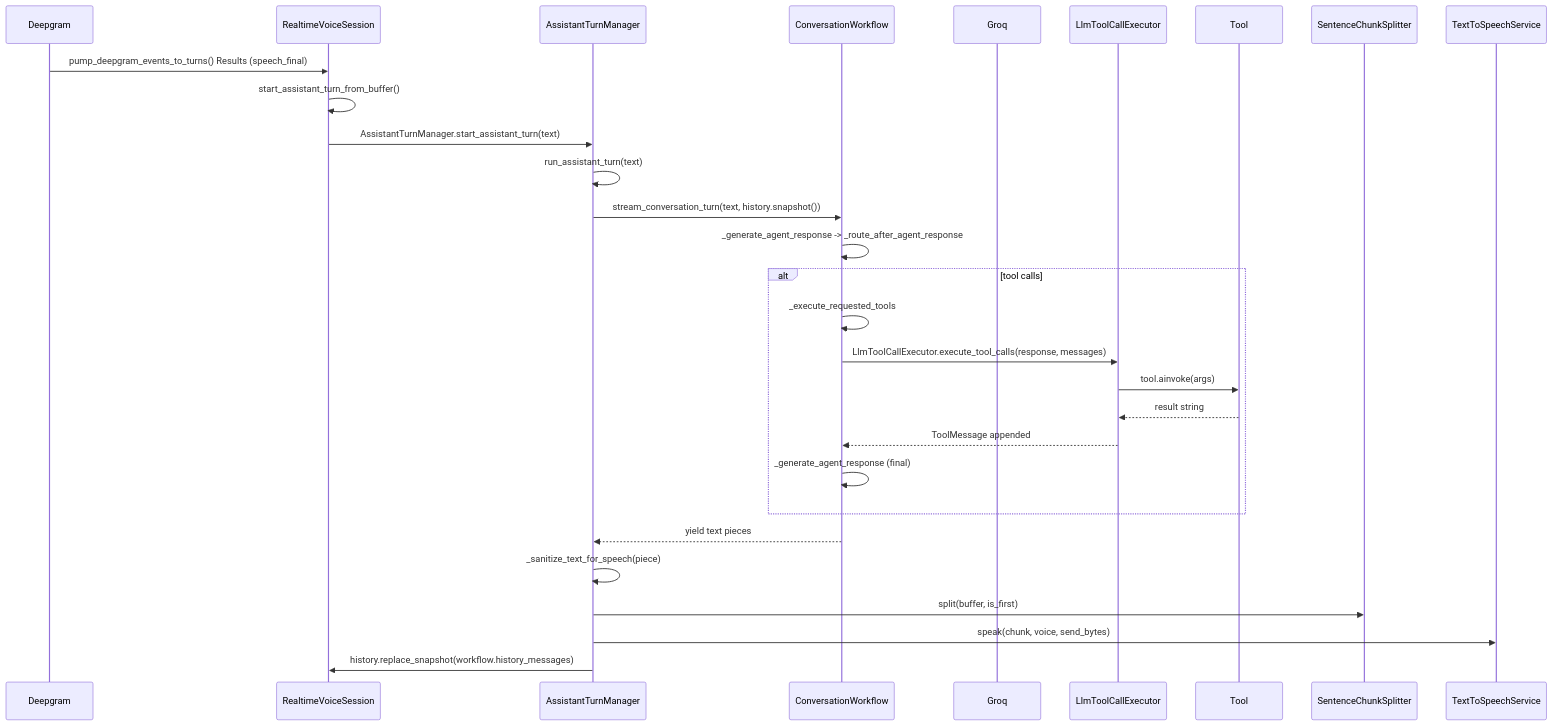
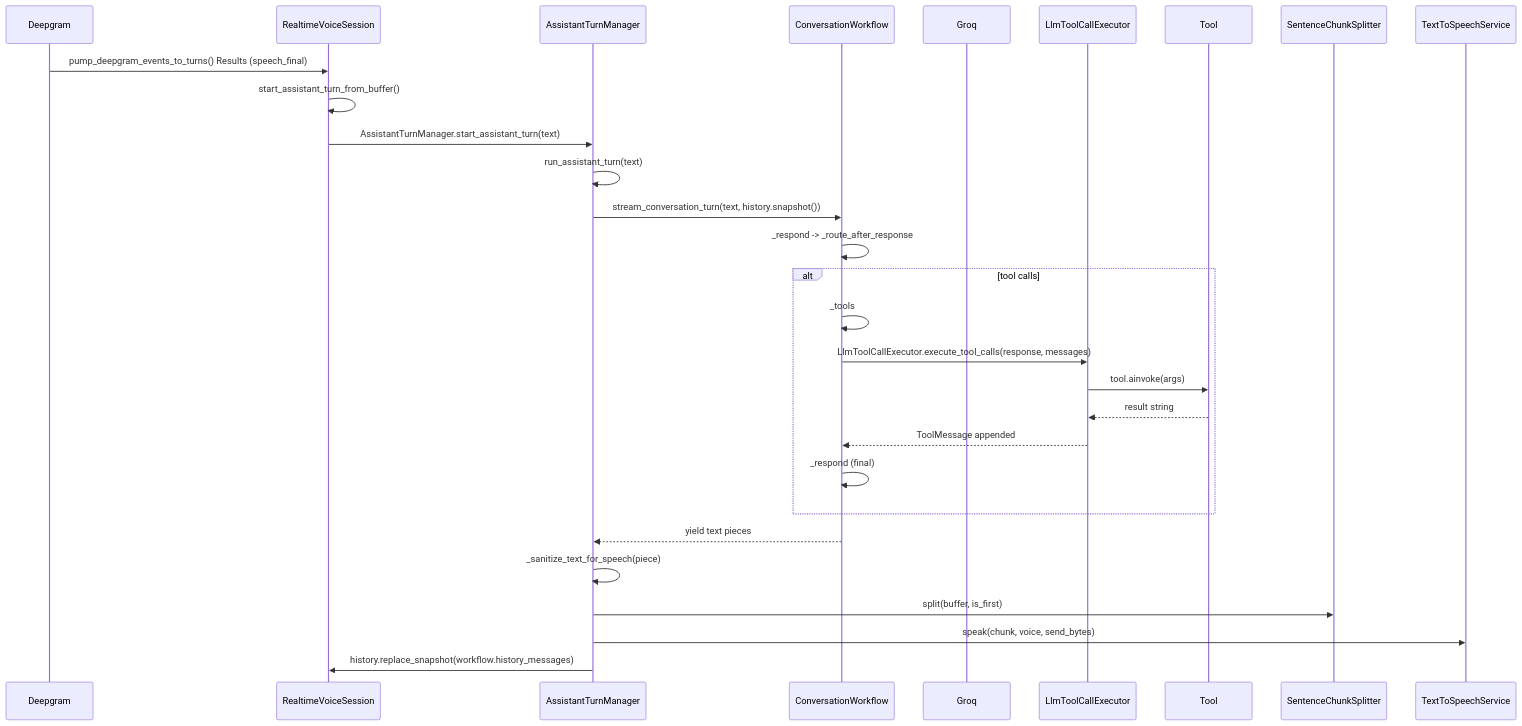
One commit to Bhanupratap0906/chatbot changed the second of 6 diagrams in ARCHITECTURE.md. Above: the diagram before and after it, drawn with Mermaid. The commit also changed other lines of this file and 1 other file, not shown here.

Commit message:
docs: update ARCHITECTURE.md names; add .env.example (item 26)

````diff
--- a/ARCHITECTURE.md
+++ b/ARCHITECTURE.md
@@ -385,31 +390,31 @@
 ```mermaid
 sequenceDiagram
     participant STT as Deepgram
     participant VS as RealtimeVoiceSession
     participant TM as AssistantTurnManager
     participant WF as ConversationWorkflow
     participant LLM as Groq
     participant TE as LlmToolCallExecutor
     participant T as Tool
     participant CHK as SentenceChunkSplitter
     participant TTS as TextToSpeechService
     STT->>VS: pump_deepgram_events_to_turns() Results (speech_final)
     VS->>VS: start_assistant_turn_from_buffer()
     VS->>TM: AssistantTurnManager.start_assistant_turn(text)
     TM->>TM: run_assistant_turn(text)
     TM->>WF: stream_conversation_turn(text, history.snapshot())
-    WF->>WF: _generate_agent_response -> _route_after_agent_response
+    WF->>WF: _respond -> _route_after_response
     alt tool calls
-        WF->>WF: _execute_requested_tools
+        WF->>WF: _tools
         WF->>TE: LlmToolCallExecutor.execute_tool_calls(response, messages)
         TE->>T: tool.ainvoke(args)
         T-->>TE: result string
         TE-->>WF: ToolMessage appended
-        WF->>WF: _generate_agent_response (final)
+        WF->>WF: _respond (final)
     end
     WF-->>TM: yield text pieces
     TM->>TM: _sanitize_text_for_speech(piece)
     TM->>CHK: split(buffer, is_first)
     TM->>TTS: speak(chunk, voice, send_bytes)
     TM->>VS: history.replace_snapshot(workflow.history_messages)
 ```
````
